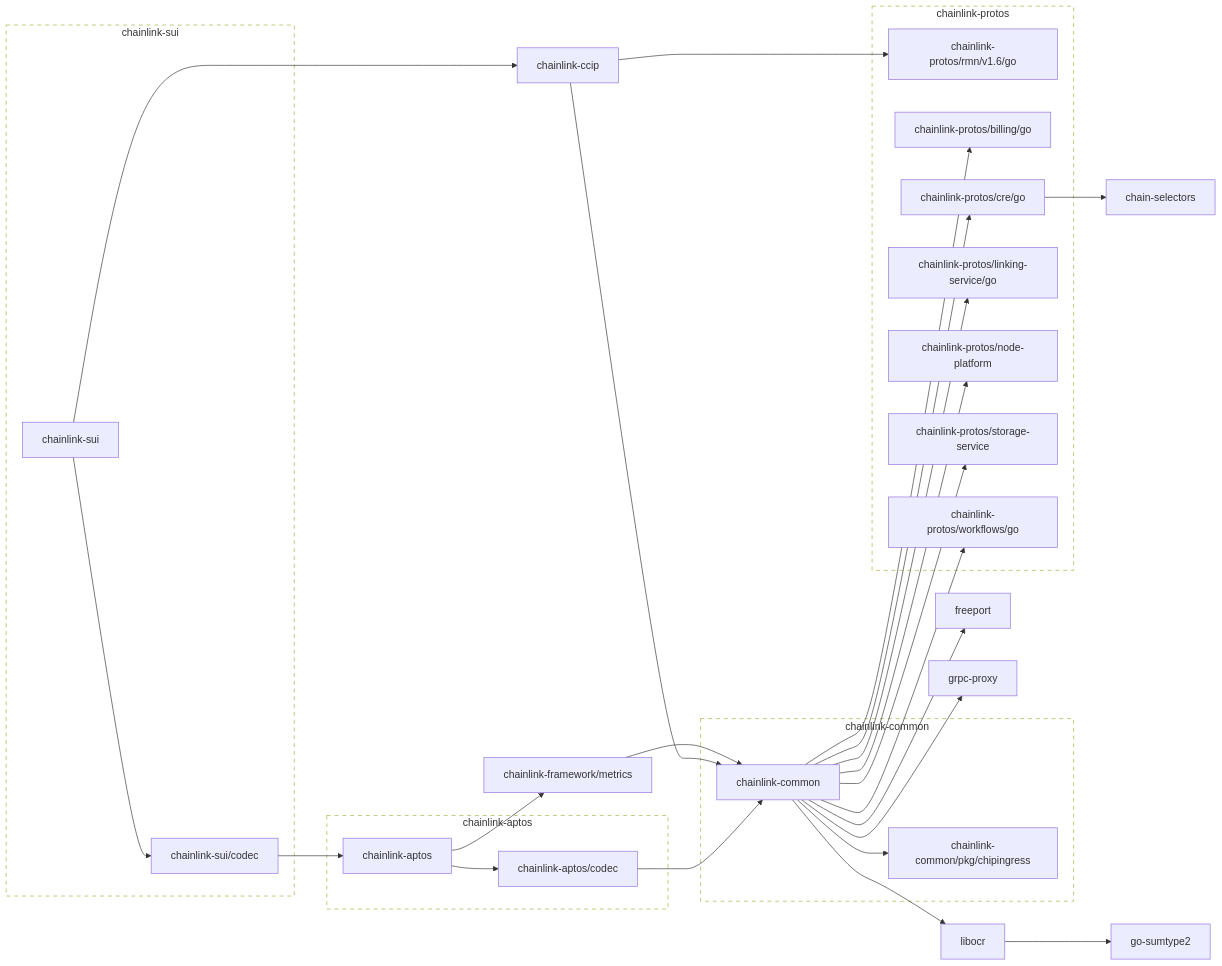
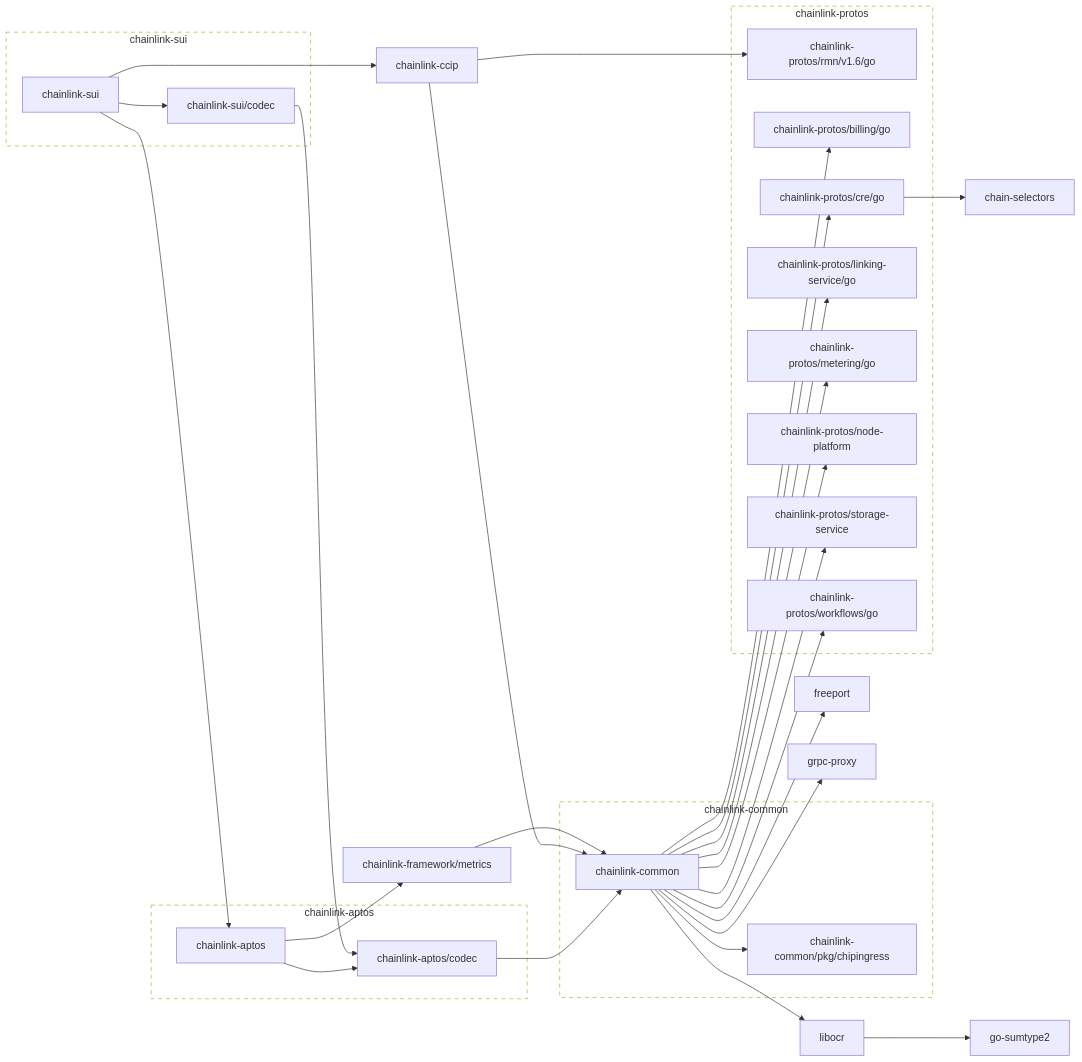
One commit to smartcontractkit/chainlink-sui changed the first of 2 diagrams in go.md. Above: the diagram before and after it, drawn with Mermaid. The commit also changed other lines of this file and 12 other files, not shown here.

```diff
--- a/go.md
+++ b/go.md
@@ -17,6 +17,7 @@
 	chainlink-common --> chainlink-protos/billing/go
 	chainlink-common --> chainlink-protos/cre/go
 	chainlink-common --> chainlink-protos/linking-service/go
+	chainlink-common --> chainlink-protos/metering/go
 	chainlink-common --> chainlink-protos/node-platform
 	chainlink-common --> chainlink-protos/storage-service
 	chainlink-common --> chainlink-protos/workflows/go
@@ -34,6 +35,8 @@
 	click chainlink-protos/cre/go href "https://github.com/smartcontractkit/chainlink-protos"
 	chainlink-protos/linking-service/go
 	click chainlink-protos/linking-service/go href "https://github.com/smartcontractkit/chainlink-protos"
+	chainlink-protos/metering/go
+	click chainlink-protos/metering/go href "https://github.com/smartcontractkit/chainlink-protos"
 	chainlink-protos/node-platform
 	click chainlink-protos/node-platform href "https://github.com/smartcontractkit/chainlink-protos"
 	chainlink-protos/rmn/v1.6/go
@@ -42,10 +45,11 @@
 	click chainlink-protos/storage-service href "https://github.com/smartcontractkit/chainlink-protos"
 	chainlink-protos/workflows/go
 	click chainlink-protos/workflows/go href "https://github.com/smartcontractkit/chainlink-protos"
+	chainlink-sui --> chainlink-aptos
 	chainlink-sui --> chainlink-ccip
 	chainlink-sui --> chainlink-sui/codec
 	click chainlink-sui href "https://github.com/smartcontractkit/chainlink-sui"
-	chainlink-sui/codec --> chainlink-aptos
+	chainlink-sui/codec --> chainlink-aptos/codec
 	click chainlink-sui/codec href "https://github.com/smartcontractkit/chainlink-sui"
 	freeport
 	click freeport href "https://github.com/smartcontractkit/freeport"
@@ -72,6 +76,7 @@
 		 chainlink-protos/billing/go
 		 chainlink-protos/cre/go
 		 chainlink-protos/linking-service/go
+		 chainlink-protos/metering/go
 		 chainlink-protos/node-platform
 		 chainlink-protos/rmn/v1.6/go
 		 chainlink-protos/storage-service
```
